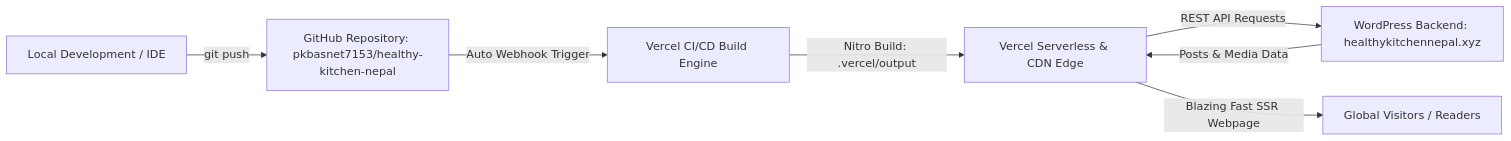
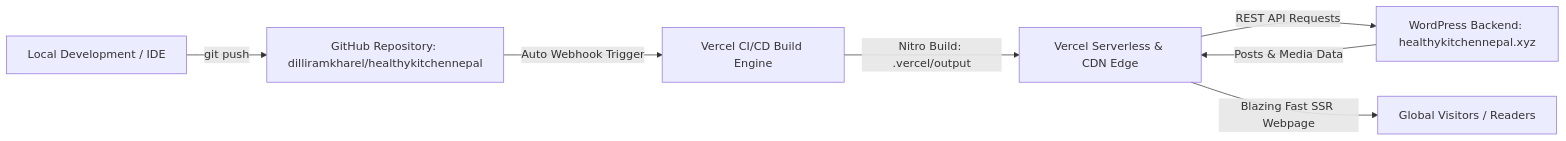
One commit to dilliramkharel/healthykitchennepal changed the diagram in DEPLOYMENT_GUIDE.md. Above: the diagram before and after it, drawn with Mermaid. The commit also changed other lines of this file, not shown here.

Commit message:
docs: update deployment documentation with production URL and client repository

````diff
--- a/DEPLOYMENT_GUIDE.md
+++ b/DEPLOYMENT_GUIDE.md
@@ -9,9 +9,9 @@
 ```mermaid
 graph LR
-    Dev[Local Development / IDE] -->|git push| GitHub[GitHub Repository: pkbasnet7153/healthy-kitchen-nepal]
+    Dev[Local Development / IDE] -->|git push| GitHub[GitHub Repository: dilliramkharel/healthykitchennepal]
     GitHub -->|Auto Webhook Trigger| Vercel[Vercel CI/CD Build Engine]
     Vercel -->|Nitro Build: .vercel/output| Edge[Vercel Serverless & CDN Edge]
     Edge -->|REST API Requests| WP[WordPress Backend: healthykitchennepal.xyz]
     WP -->|Posts & Media Data| Edge
     Edge -->|Blazing Fast SSR Webpage| User[Global Visitors / Readers]
 ```
````
